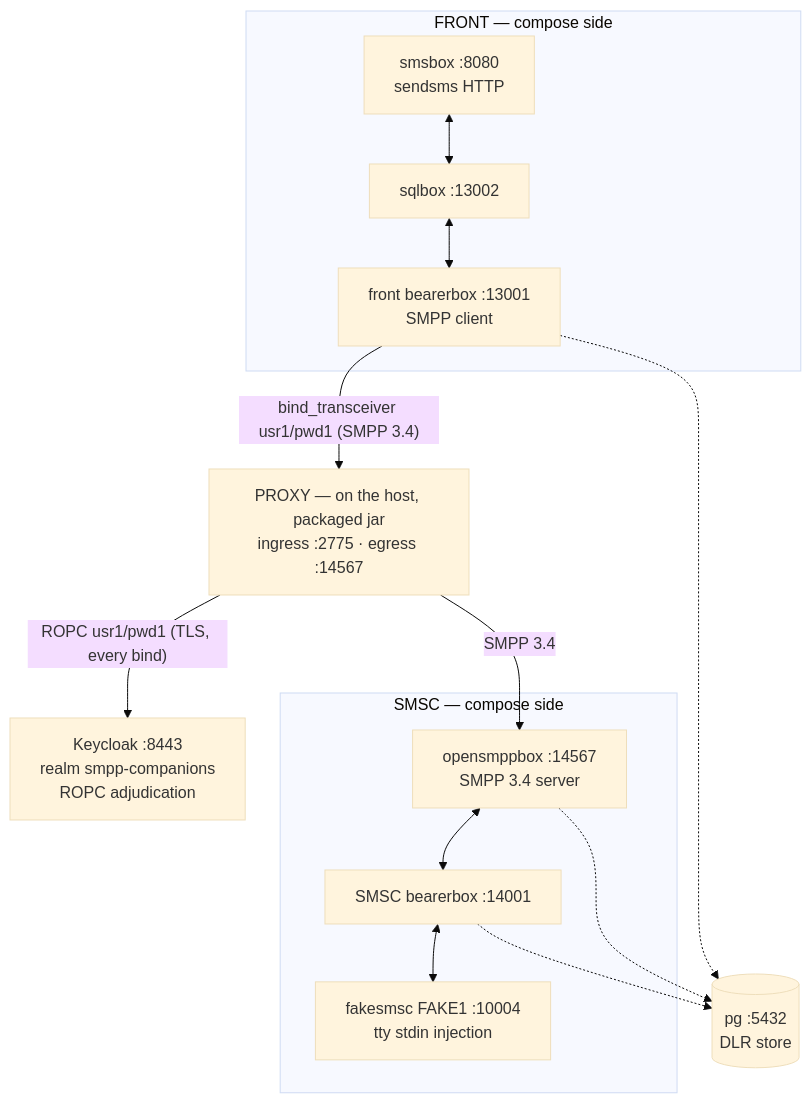
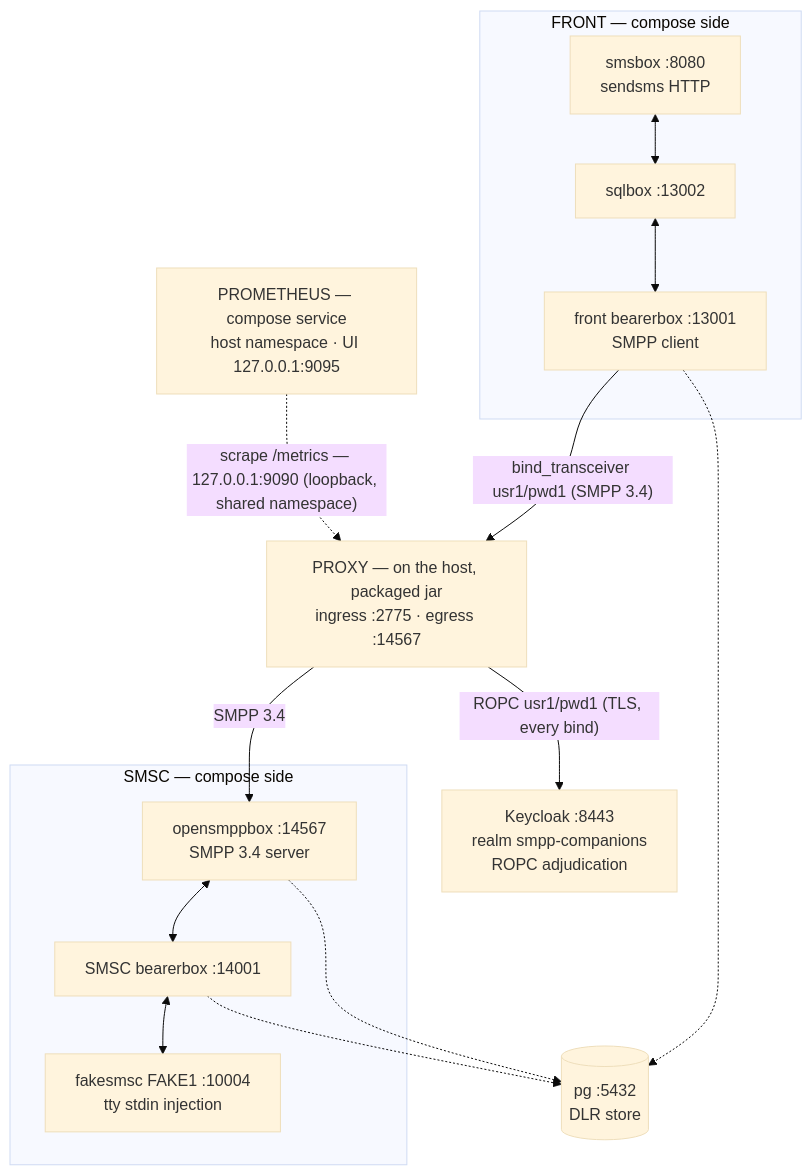
One commit to ildarsharafutdinov/smpp-companions changed the diagram in sandbox/README.md. Above: the diagram before and after it, drawn with Mermaid (base theme). The commit also changed other lines of this file and 1 other file, not shown here.

First line of the commit message:
docs(sandbox): Story 8.2 T3 — the EN rig doc catches the landed Prometheus

````diff
--- a/sandbox/README.md
+++ b/sandbox/README.md
@@ -57,30 +57,32 @@
 ```mermaid
 flowchart TD
     subgraph front["FRONT — compose side"]
         smsbox["smsbox :8080<br/>sendsms HTTP"]
         sqlbox["sqlbox :13002"]
         fbearer["front bearerbox :13001<br/>SMPP client"]
     end
 
     proxy["PROXY — on the host, packaged jar<br/>ingress :2775 · egress :14567"]
 
     subgraph smsc["SMSC — compose side"]
         osmpp["opensmppbox :14567<br/>SMPP 3.4 server"]
         sbearer["SMSC bearerbox :14001"]
         fake["fakesmsc FAKE1 :10004<br/>tty stdin injection"]
     end
 
     keycloak["Keycloak :8443<br/>realm smpp-companions<br/>ROPC adjudication"]
     pg[("pg :5432<br/>DLR store")]
+    prom["PROMETHEUS — compose service<br/>host namespace · UI 127.0.0.1:9095"]
 
     smsbox <--> sqlbox
     sqlbox <--> fbearer
     fbearer -- "bind_transceiver usr1/pwd1 (SMPP 3.4)" --> proxy
     proxy -- "ROPC usr1/pwd1 (TLS, every bind)" --> keycloak
     proxy -- "SMPP 3.4" --> osmpp
     osmpp <--> sbearer
     sbearer <--> fake
     fbearer -.-> pg
     osmpp -.-> pg
     sbearer -.-> pg
+    prom -.->|"scrape /metrics — 127.0.0.1:9090 (loopback, shared namespace)"| proxy
 ```
````
